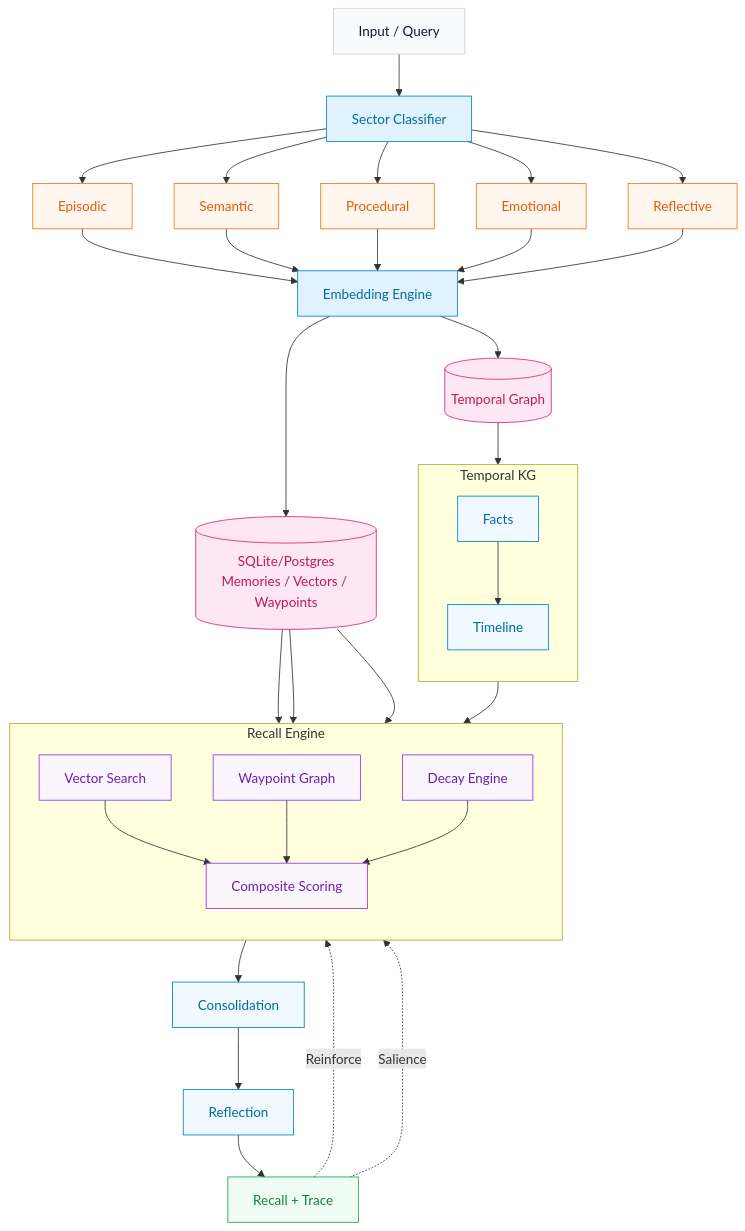
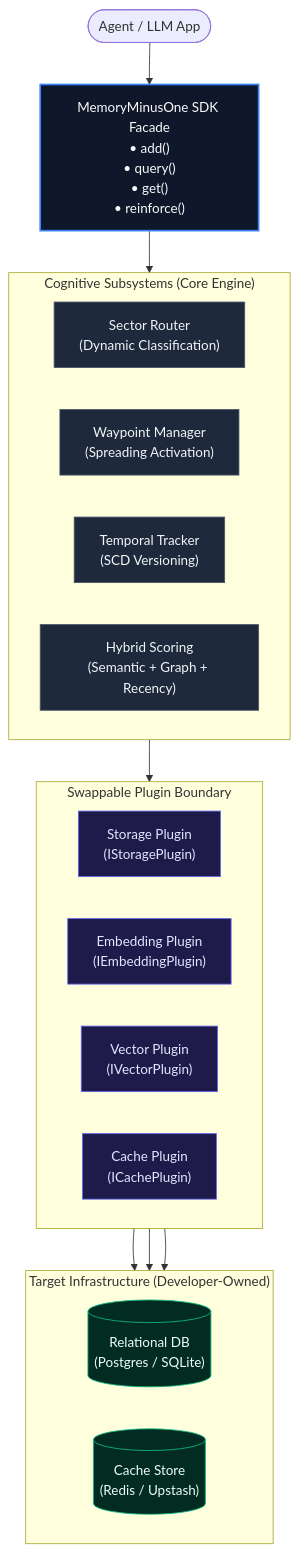
The diagram in README.md (NormVg/MemoryMinusOne), drawn with Mermaid before and after one commit.

Commit message:
docs: replace competitor-like diagram with custom SDK structured layout

````diff
--- a/README.md
+++ b/README.md
@@ -83,62 +83,39 @@
 ```mermaid
 flowchart TD
-    %% Styling Classes
-    classDef input fill:#f8fafc,stroke:#cbd5e1,stroke-width:1px,color:#0f172a;
-    classDef classifier fill:#e0f2fe,stroke:#0284c7,stroke-width:1px,color:#0369a1;
-    classDef sector fill:#fff7ed,stroke:#f97316,stroke-width:1px,color:#ea580c;
-    classDef db fill:#fce7f3,stroke:#db2777,stroke-width:1px,color:#be185d;
-    classDef recallNode fill:#faf5ff,stroke:#9333ea,stroke-width:1px,color:#6b21a8;
-    classDef factsNode fill:#f0f9ff,stroke:#0284c7,stroke-width:1px,color:#0369a1;
-    classDef processing fill:#f0f9ff,stroke:#0284c7,stroke-width:1px,color:#0369a1;
-    classDef trace fill:#f0fdf4,stroke:#16a34a,stroke-width:1px,color:#15803d;
+    %% Custom Styles
+    classDef facade fill:#0f172a,stroke:#3b82f6,stroke-width:2px,color:#f8fafc;
+    classDef engine fill:#1e293b,stroke:#475569,stroke-width:1px,color:#f1f5f9;
+    classDef plugin fill:#1e1b4b,stroke:#6366f1,stroke-width:1px,color:#e0e7ff;
+    classDef db fill:#022c22,stroke:#10b981,stroke-width:1px,color:#ecfdf5;
 
-    Input["Input / Query"]:::input --> Classifier["Sector Classifier"]:::classifier
-
-    Classifier --> Sector1["Episodic"]:::sector
-    Classifier --> Sector2["Semantic"]:::sector
-    Classifier --> Sector3["Procedural"]:::sector
-    Classifier --> Sector4["Emotional"]:::sector
-    Classifier --> Sector5["Reflective"]:::sector
-
-    Sector1 --> Embed["Embedding Engine"]:::classifier
-    Sector2 --> Embed
-    Sector3 --> Embed
-    Sector4 --> Embed
-    Sector5 --> Embed
-
-    Embed --> DB[(SQLite/Postgres<br/>Memories / Vectors / Waypoints)]:::db
-    Embed --> TemporalDB[(Temporal Graph)]:::db
-
-    subgraph RecallEngine ["Recall Engine"]
-        direction TD
-        VReq["Vector Search"]:::recallNode
-        WaypointGraph["Waypoint Graph"]:::recallNode
-        Decay["Decay Engine"]:::recallNode
-        CompositeScore["Composite Scoring"]:::recallNode
+    Agent([Agent / LLM App]) --> API["MemoryMinusOne SDK Facade<br/>• add()<br/>• query()<br/>• get()<br/>• reinforce()"]:::facade
+    
+    subgraph Engine ["Cognitive Subsystems (Core Engine)"]
+        direction LR
+        Sectors["Sector Router<br/>(Dynamic Classification)"]:::engine
+        Waypoints["Waypoint Manager<br/>(Spreading Activation)"]:::engine
+        Facts["Temporal Tracker<br/>(SCD Versioning)"]:::engine
+        Scoring["Hybrid Scoring<br/>(Semantic + Graph + Recency)"]:::engine
+    end
+    
+    subgraph Plugins ["Swappable Plugin Boundary"]
+        direction LR
+        IStore["Storage Plugin<br/>(IStoragePlugin)"]:::plugin
+        IEmbed["Embedding Plugin<br/>(IEmbeddingPlugin)"]:::plugin
+        IVec["Vector Plugin<br/>(IVectorPlugin)"]:::plugin
+        ICache["Cache Plugin<br/>(ICachePlugin)"]:::plugin
     end
 
-    subgraph TemporalKG ["Temporal KG"]
-        direction TD
-        Facts["Facts"]:::factsNode
-        Timeline["Timeline"]:::factsNode
+    subgraph Infrastructure ["Target Infrastructure (Developer-Owned)"]
+        direction LR
+        RelationalDB[("Relational DB<br/>(Postgres / SQLite)")]:::db
+        CacheDB[("Cache Store<br/>(Redis / Upstash)")]:::db
     end
 
-    DB --> VReq
-    DB --> WaypointGraph
-    DB --> Decay
-
-    TemporalDB --> Facts
-    Facts --> Timeline
-
-    VReq --> CompositeScore
-    WaypointGraph --> CompositeScore
-    Decay --> CompositeScore
-    Timeline --> CompositeScore
-
-    CompositeScore --> Consolidation["Consolidation"]:::processing
-    Consolidation --> Reflection["Reflection"]:::processing
-    Reflection --> Trace["Recall + Trace"]:::trace
-
-    Trace -.->|Reinforce| WaypointGraph
-    Trace -.->|Salience| Decay
+    API --> Engine
+    Engine --> Plugins
+    
+    IStore --> RelationalDB
+    IVec --> RelationalDB
+    ICache --> CacheDB
 ```
````
